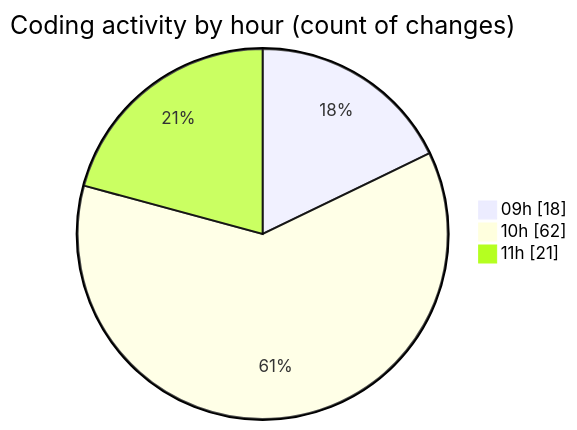
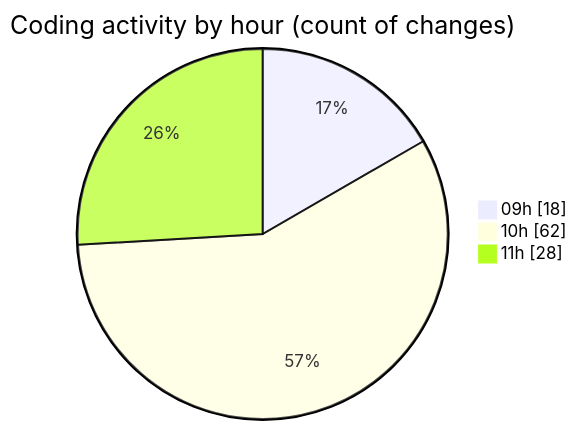
One commit to momahboobian/code-tracking changed the second of 2 diagrams in 2025-07-01/cda/README.md. Above: the diagram before and after it, drawn with Mermaid. The commit also changed other lines of this file and 1 other file, not shown here.

````diff
--- a/2025-07-01/cda/README.md
+++ b/2025-07-01/cda/README.md
@@ -40,7 +40,7 @@
 ```mermaid
 pie showData
 title Coding activity by hour (count of changes)
 "09h" : 18
 "10h" : 62
-"11h" : 21
+"11h" : 28
 ```
````
